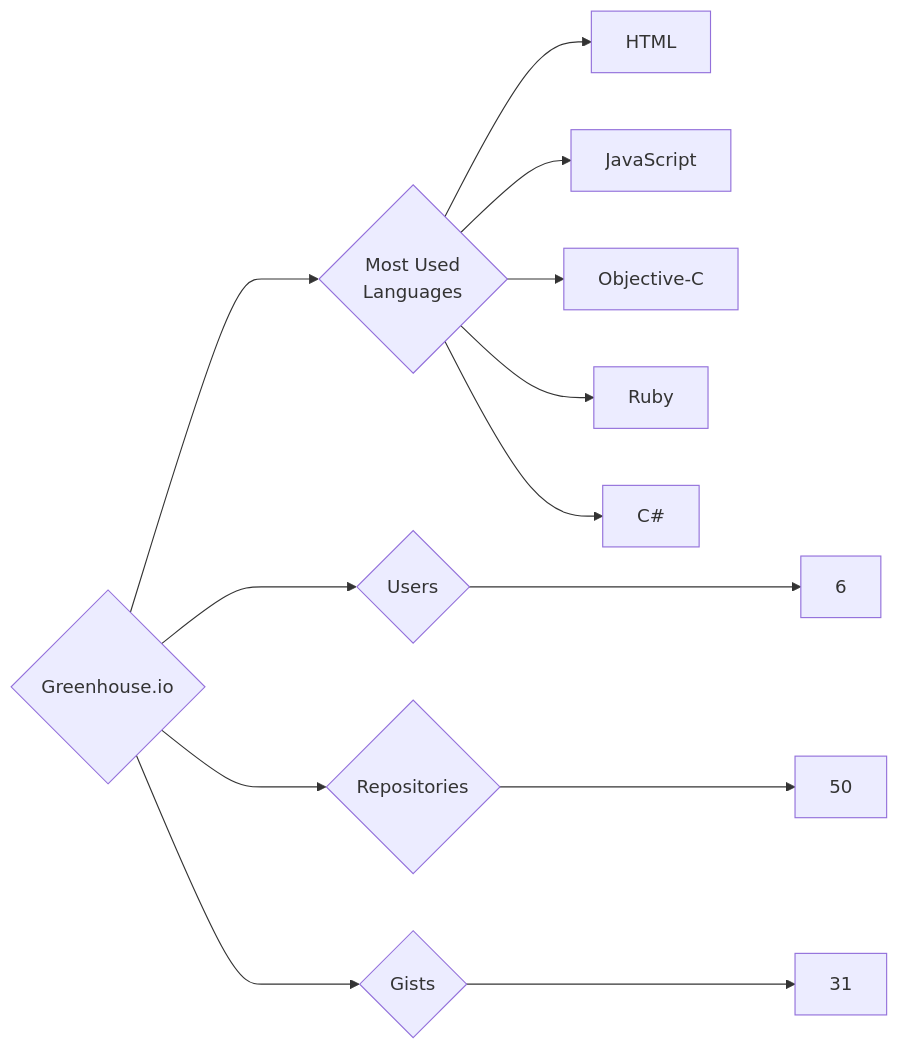
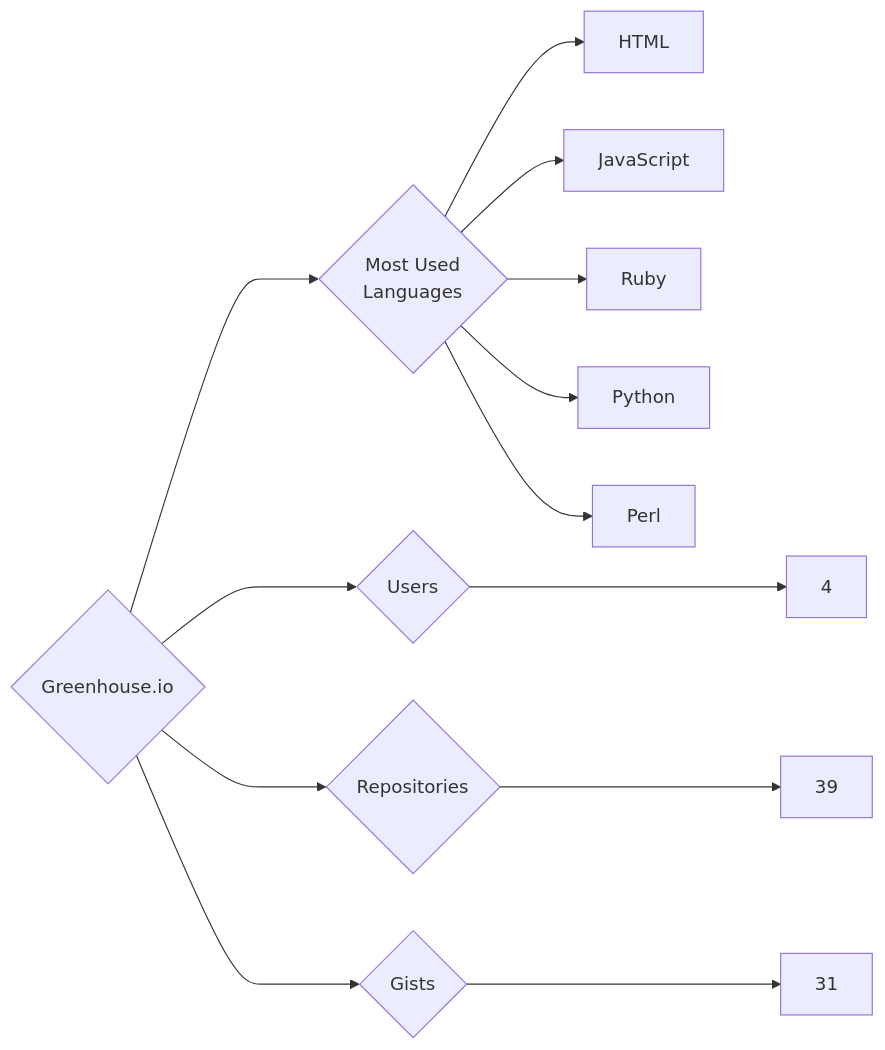
One commit to trickest/insiders changed the diagram in targets/Greenhouse.io/README.md. Above: the diagram before and after it, drawn with Mermaid. The commit also changed 880 other files, not shown here.

````diff
--- a/targets/Greenhouse.io/README.md
+++ b/targets/Greenhouse.io/README.md
@@ -3,13 +3,13 @@
 ```mermaid
 graph LR
 COMPANY_NAME{Greenhouse.io}
-COMPANY_NAME ---> U{Users} ---> UN[6]
-COMPANY_NAME ---> R{Repositories} ---> RN[50]
+COMPANY_NAME ---> U{Users} ---> UN[4]
+COMPANY_NAME ---> R{Repositories} ---> RN[39]
 COMPANY_NAME ---> G{Gists} ---> GN[31]
 COMPANY_NAME ---> ML{Most Used<br>Languages}
 ML --> HTML[HTML]
 ML --> JavaScript[JavaScript]
-ML --> Objective-C[Objective-C]
 ML --> Ruby[Ruby]
-ML --> C#[C#]
+ML --> Python[Python]
+ML --> Perl[Perl]
 ```
````
